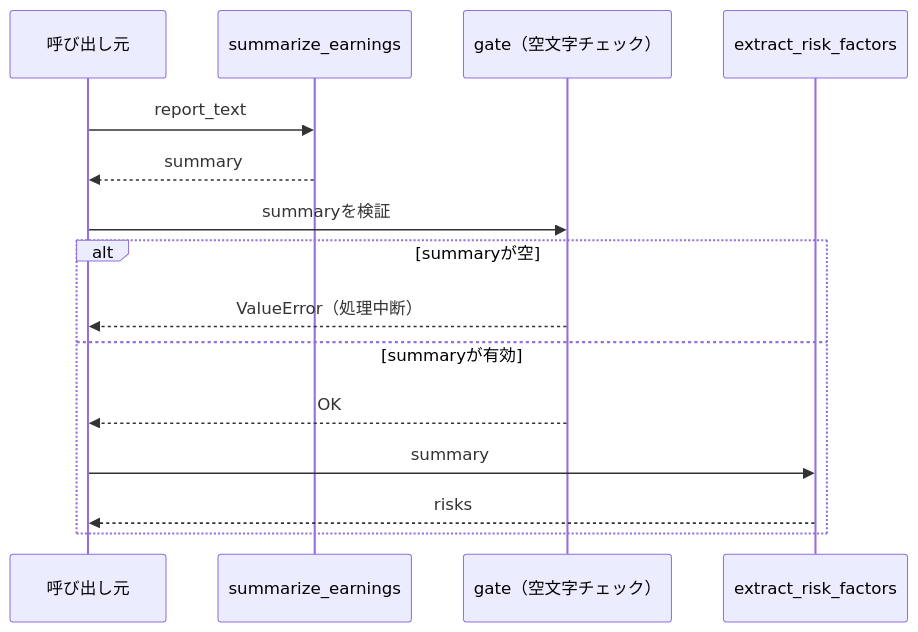
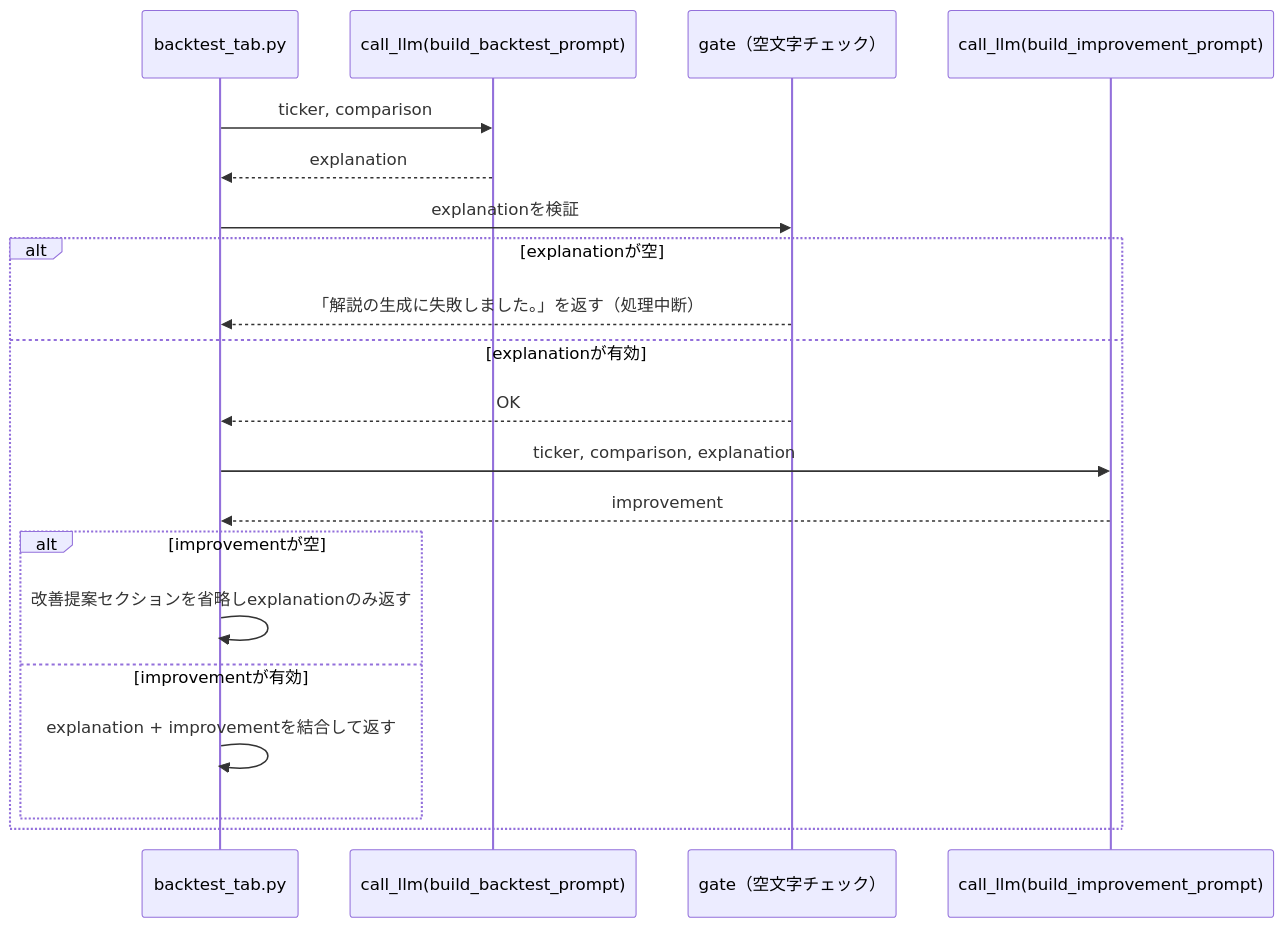
One commit to duwenji/genai-app-integration-tutorial changed the diagram in docs/05-agentic-workflow-patterns/01-prompt-chaining.md. Above: the diagram before and after it, drawn with Mermaid. The commit also changed other lines of this file and 7 other files, not shown here.

````diff
--- a/docs/05-agentic-workflow-patterns/01-prompt-chaining.md
+++ b/docs/05-agentic-workflow-patterns/01-prompt-chaining.md
@@ -73,18 +112,23 @@
 ```mermaid
 sequenceDiagram
-    participant Caller as 呼び出し元
-    participant Step1 as summarize_earnings
+    participant Caller as backtest_tab.py
+    participant Step1 as call_llm(build_backtest_prompt)
     participant Gate as gate（空文字チェック）
-    participant Step2 as extract_risk_factors
+    participant Step2 as call_llm(build_improvement_prompt)
 
-    Caller->>Step1: report_text
-    Step1-->>Caller: summary
-    Caller->>Gate: summaryを検証
-    alt summaryが空
-        Gate-->>Caller: ValueError（処理中断）
-    else summaryが有効
+    Caller->>Step1: ticker, comparison
+    Step1-->>Caller: explanation
+    Caller->>Gate: explanationを検証
+    alt explanationが空
+        Gate-->>Caller: 「解説の生成に失敗しました。」を返す（処理中断）
+    else explanationが有効
         Gate-->>Caller: OK
-        Caller->>Step2: summary
-        Step2-->>Caller: risks
+        Caller->>Step2: ticker, comparison, explanation
+        Step2-->>Caller: improvement
+        alt improvementが空
+            Caller->>Caller: 改善提案セクションを省略しexplanationのみ返す
+        else improvementが有効
+            Caller->>Caller: explanation + improvementを結合して返す
+        end
     end
 ```
````
